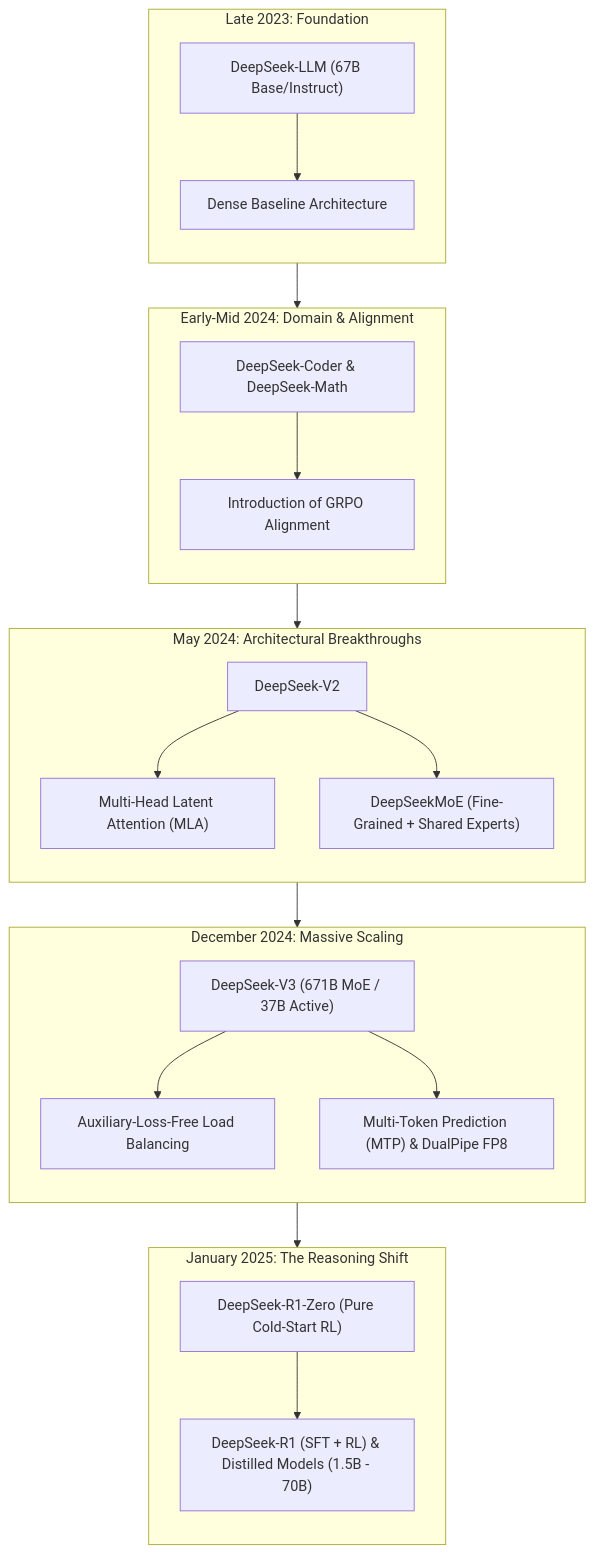
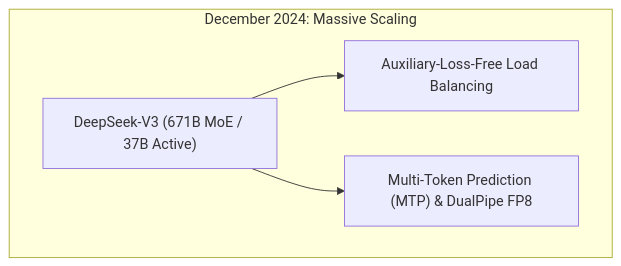
Before and after one commit to narenandu/narenvadapalli_dot_com: the fourth of 7 diagrams in contents/blog/0064-deepseek-architectural-inflection-point/index.md, drawn with Mermaid. The commit also changed other lines of this file and 22 other files, not shown here.

Commit message:
fix(blog): resolve side-by-side Mermaid diagrams, KaTeX math formatting, and alert tags across all blogs

````diff
--- a/contents/blog/0064-deepseek-architectural-inflection-point/index.md
+++ b/contents/blog/0064-deepseek-architectural-inflection-point/index.md
@@ -32,26 +54,7 @@
 ```mermaid
 flowchart TD
-    subgraph Origin["Late 2023: Foundation"]
-        direction TB
-        A1["DeepSeek-LLM (67B Base/Instruct)"] --> A2["Dense Baseline Architecture"]
-    end
-    subgraph Specialization["Early-Mid 2024: Domain & Alignment"]
-        direction TB
-        B1["DeepSeek-Coder & DeepSeek-Math"] --> B2["Introduction of GRPO Alignment"]
-    end
-    subgraph V2["May 2024: Architectural Breakthroughs"]
-        direction TB
-        C1["DeepSeek-V2"] --> C2["Multi-Head Latent Attention (MLA)"]
-        C1 --> C3["DeepSeekMoE (Fine-Grained + Shared Experts)"]
-    end
     subgraph V3["December 2024: Massive Scaling"]
-        direction TB
         D1["DeepSeek-V3 (671B MoE / 37B Active)"] --> D2["Auxiliary-Loss-Free Load Balancing"]
         D1 --> D3["Multi-Token Prediction (MTP) & DualPipe FP8"]
     end
-    subgraph R1["January 2025: The Reasoning Shift"]
-        direction TB
-        E1["DeepSeek-R1-Zero (Pure Cold-Start RL)"] --> E2["DeepSeek-R1 (SFT + RL) & Distilled Models (1.5B - 70B)"]
-    end
-    Origin --> Specialization --> V2 --> V3 --> R1
 ```
````
